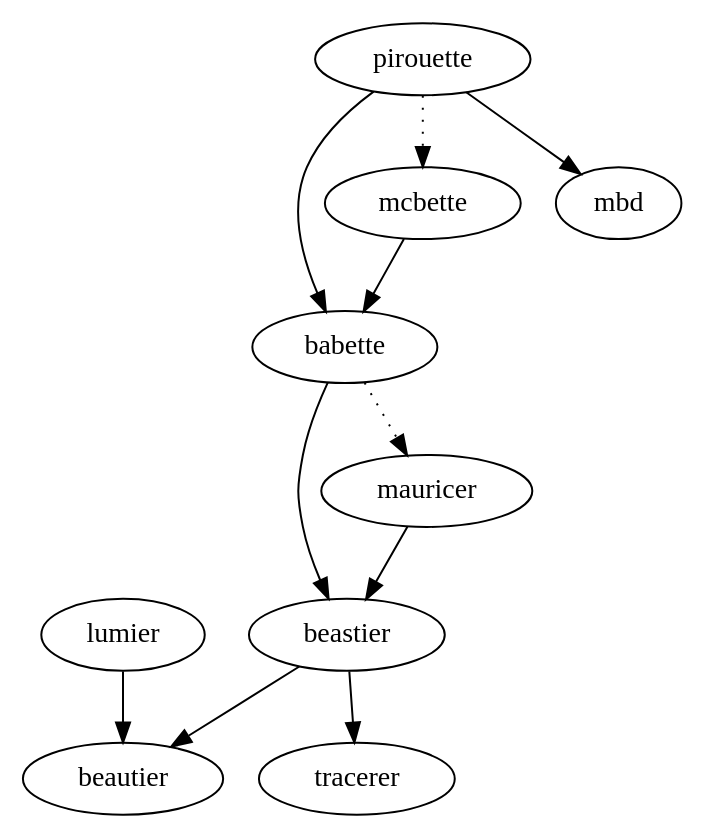
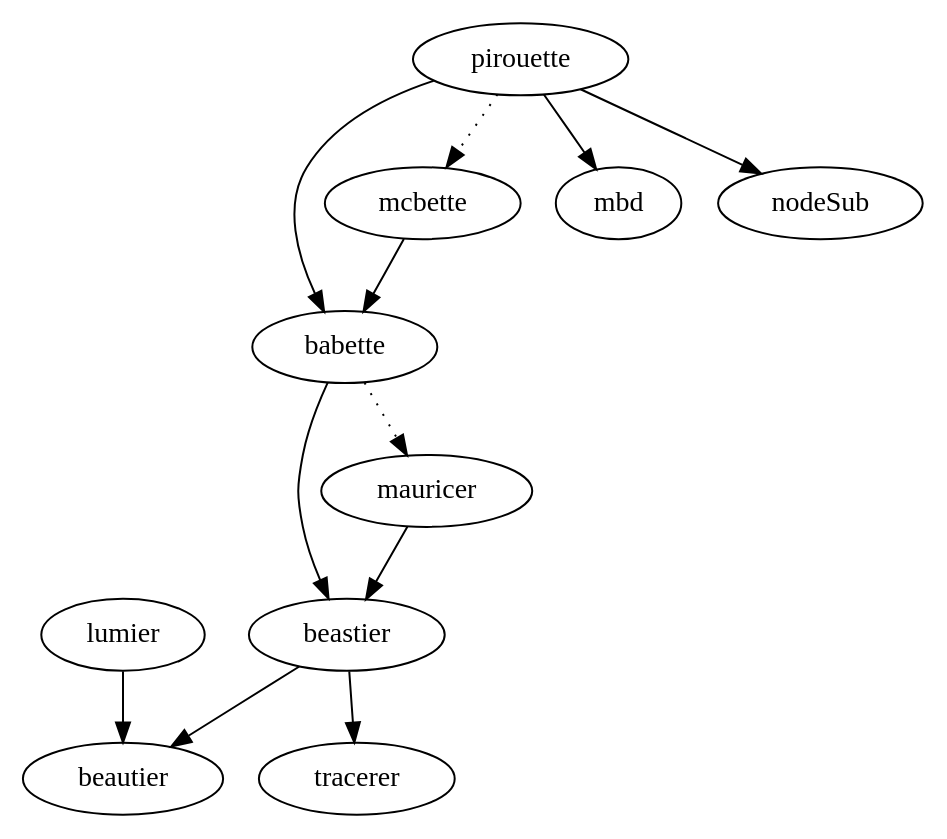
The diagram in doc/dependencies.dot (richelbilderbeek/pirouette), drawn with Graphviz before and after one commit. The commit also changed 3 other files, not shown here.

Commit message:
Depend on nodeSub v0.4

```diff
--- a/doc/dependencies.dot
+++ b/doc/dependencies.dot
@@ -1,13 +1,14 @@
 digraph G
 {
   babette -> beastier;
   babette -> mauricer [style=dotted];
   mauricer -> beastier;
   beastier -> tracerer;
   beastier -> beautier;
   lumier -> beautier;
   mcbette -> babette;
   pirouette -> babette;
   pirouette -> mcbette [style=dotted];
   pirouette -> mbd;
+  pirouette -> nodeSub;
 }
```
